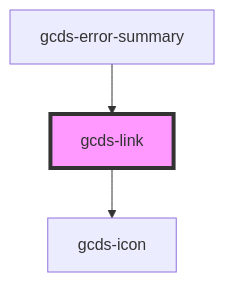
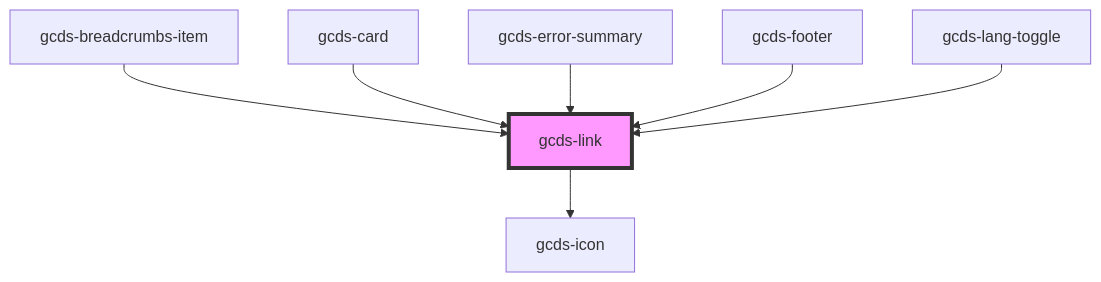
Before and after one commit to cds-snc/gcds-components: the diagram in packages/web/src/components/gcds-link/readme.md, drawn with Mermaid. The commit also changed other lines of this file and 16 other files, not shown here.

First line of the commit message:
refactor: integrate gcds-link into existing components (#454)

````diff
--- a/packages/web/src/components/gcds-link/readme.md
+++ b/packages/web/src/components/gcds-link/readme.md
@@ -43,6 +47,10 @@
 ```mermaid
 graph TD;
   gcds-link --> gcds-icon
+  gcds-breadcrumbs-item --> gcds-link
+  gcds-card --> gcds-link
   gcds-error-summary --> gcds-link
+  gcds-footer --> gcds-link
+  gcds-lang-toggle --> gcds-link
   style gcds-link fill:#f9f,stroke:#333,stroke-width:4px
 ```
````
